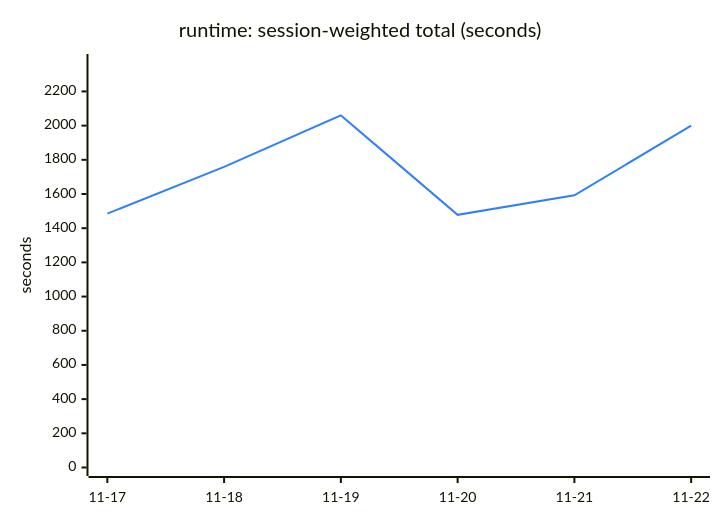
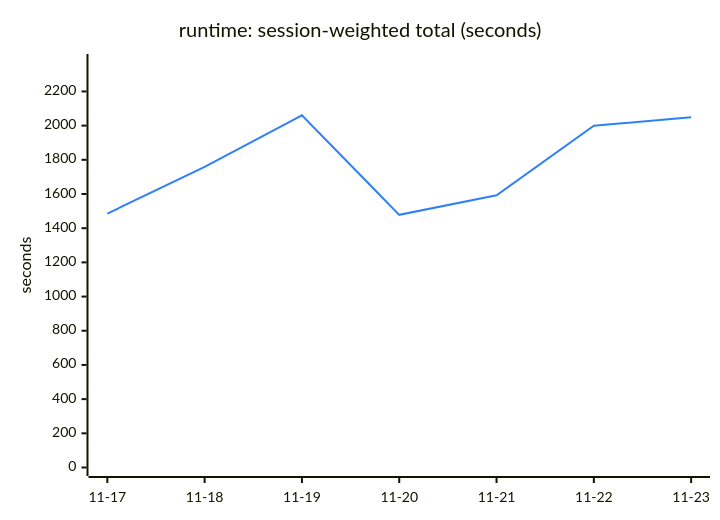
The sixth of 6 diagrams in TREND.md (Ricovl/mxcli), drawn with Mermaid before and after one commit. The commit also changed other lines of this file and 2 other files, not shown here.

````diff
--- a/TREND.md
+++ b/TREND.md
@@ -137,13 +137,13 @@
 ```mermaid
 ---
 config:
   themeVariables:
     xyChart:
       plotColorPalette: "#2f81f7"
 ---
 xychart-beta
     title "runtime: session-weighted total (seconds)"
-    x-axis ["11-17", "11-18", "11-19", "11-20", "11-21", "11-22"]
+    x-axis ["11-17", "11-18", "11-19", "11-20", "11-21", "11-22", "11-23"]
     y-axis "seconds" 0 --> 2369.30
-    line [1485.35, 1758.30, 2060.26, 1478.08, 1592.45, 1999.87]
+    line [1485.35, 1758.30, 2060.26, 1478.08, 1592.45, 1999.87, 2048.73]
 ```
````
